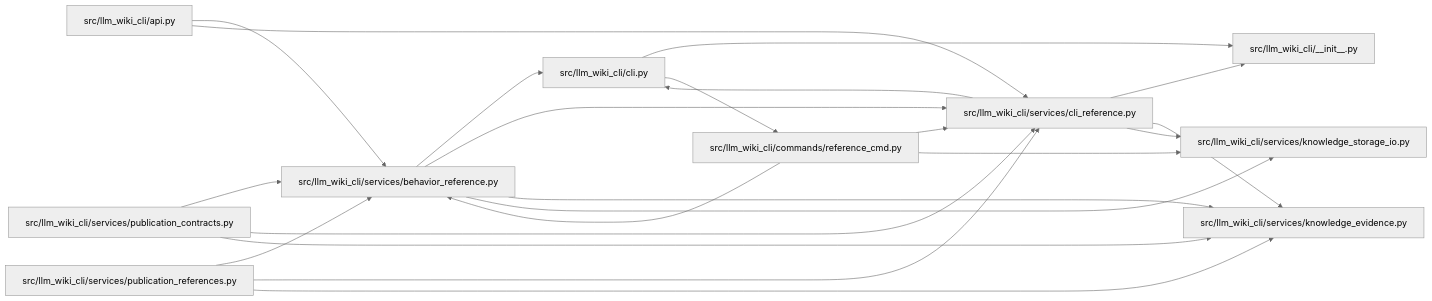
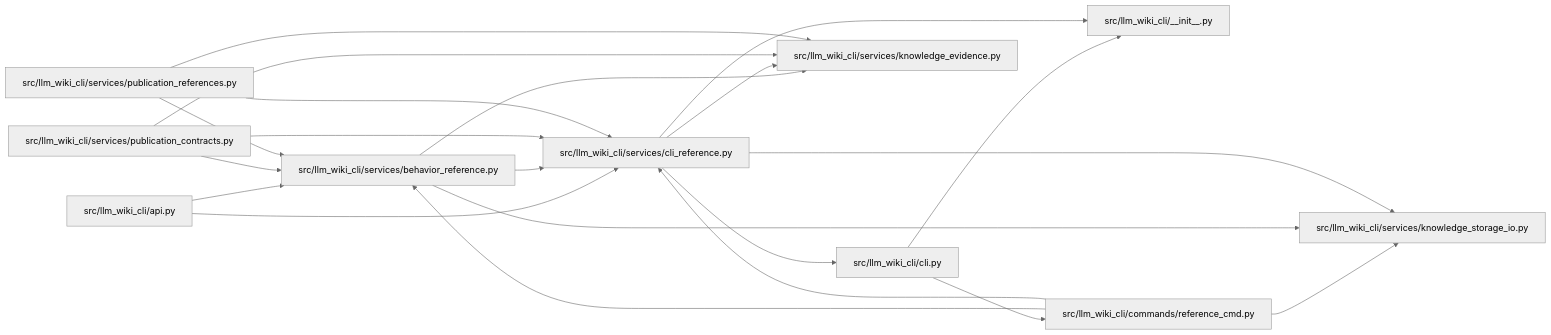
One commit to Denissvgn/python-wiki-llm changed the diagram in docs/llm_wiki/modules/cli_reference.md. Above: the diagram before and after it, drawn with Mermaid (neutral theme). The commit also changed other lines of this file and 338 other files, not shown here.

````diff
--- a/docs/llm_wiki/modules/cli_reference.md
+++ b/docs/llm_wiki/modules/cli_reference.md
@@ -33,44 +32,43 @@
 ```mermaid
 flowchart LR
     n0["src/llm_wiki_cli/__init__.py"]
     n1["src/llm_wiki_cli/api.py"]
     n2["src/llm_wiki_cli/cli.py"]
     n3["src/llm_wiki_cli/commands/reference_cmd.py"]
     n4["src/llm_wiki_cli/services/behavior_reference.py"]
     n5["src/llm_wiki_cli/services/cli_reference.py"]
     n6["src/llm_wiki_cli/services/knowledge_evidence.py"]
     n7["src/llm_wiki_cli/services/knowledge_storage_io.py"]
     n8["src/llm_wiki_cli/services/publication_contracts.py"]
     n9["src/llm_wiki_cli/services/publication_references.py"]
     n1 --> n4
     n1 --> n5
     n2 --> n0
     n2 --> n3
     n3 --> n4
     n3 --> n5
     n3 --> n7
-    n4 --> n2
     n4 --> n5
     n4 --> n6
     n4 --> n7
     n5 --> n0
     n5 --> n2
     n5 --> n6
     n5 --> n7
     n8 --> n4
     n8 --> n5
     n8 --> n6
     n9 --> n4
     n9 --> n5
     n9 --> n6
     click n0 "../modules/llm_wiki_cli___init__.md"
     click n1 "../modules/api.md"
     click n2 "../modules/cli.md"
     click n3 "../modules/reference_cmd.md"
     click n4 "../modules/behavior_reference.md"
     click n5 "../modules/cli_reference.md"
     click n6 "../modules/knowledge_evidence.md"
     click n7 "../modules/knowledge_storage_io.md"
     click n8 "../modules/publication_contracts.md"
     click n9 "../modules/publication_references.md"
 ```
````
